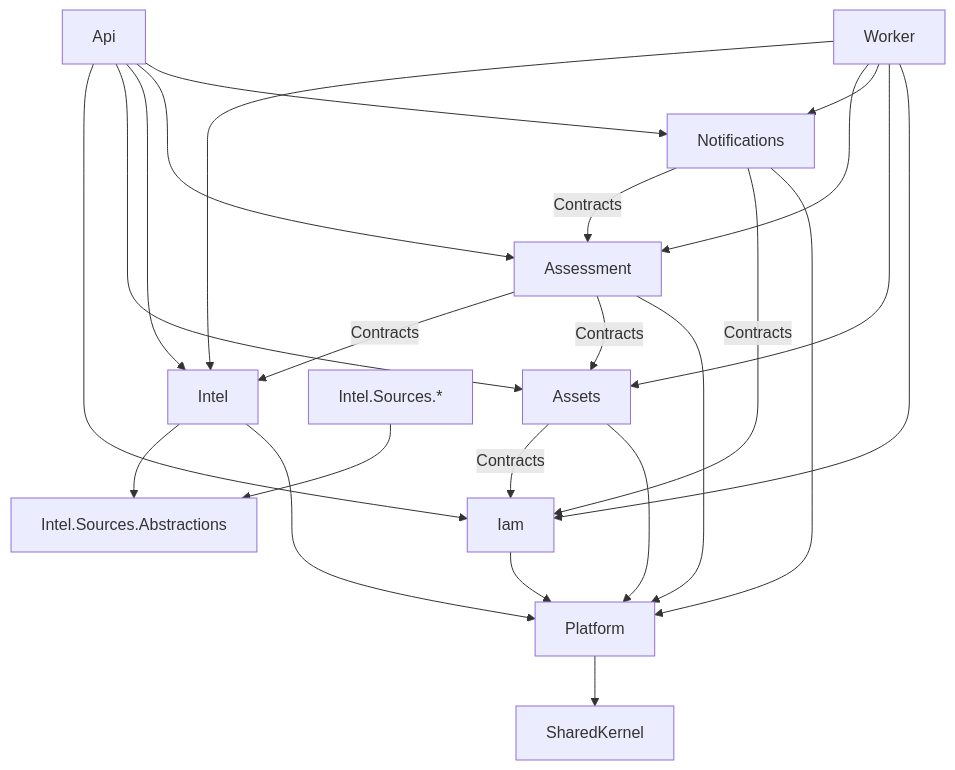
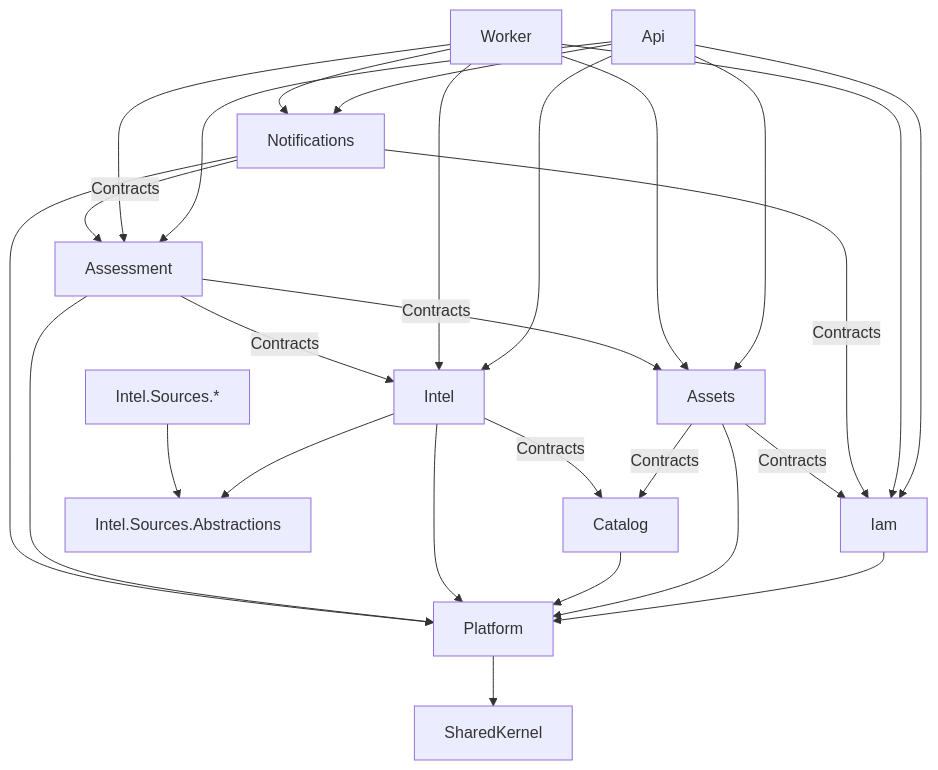
Before and after one commit to NicoM77/Ardea: the second of 3 diagrams in docs/masterplan/03-architektur.md, drawn with Mermaid. The commit also changed other lines of this file and 23 other files, not shown here.

````diff
--- a/docs/masterplan/03-architektur.md
+++ b/docs/masterplan/03-architektur.md
@@ -58,14 +59,16 @@
 ```mermaid
 flowchart TB
   Api --> Iam & Assets & Intel & Assessment & Notifications
   Worker --> Intel & Assessment & Notifications & Assets & Iam
   Assessment -->|Contracts| Intel
   Assessment -->|Contracts| Assets
   Notifications -->|Contracts| Assessment
   Notifications -->|Contracts| Iam
   Assets -->|Contracts| Iam
+  Assets -->|Contracts| Catalog
+  Intel -->|Contracts| Catalog
   Intel --> SDK[Intel.Sources.Abstractions]
   Quellenadapter[Intel.Sources.*] --> SDK
-  Iam & Assets & Intel & Assessment & Notifications --> Platform
+  Iam & Assets & Catalog & Intel & Assessment & Notifications --> Platform
   Platform --> SharedKernel
 ```
````
